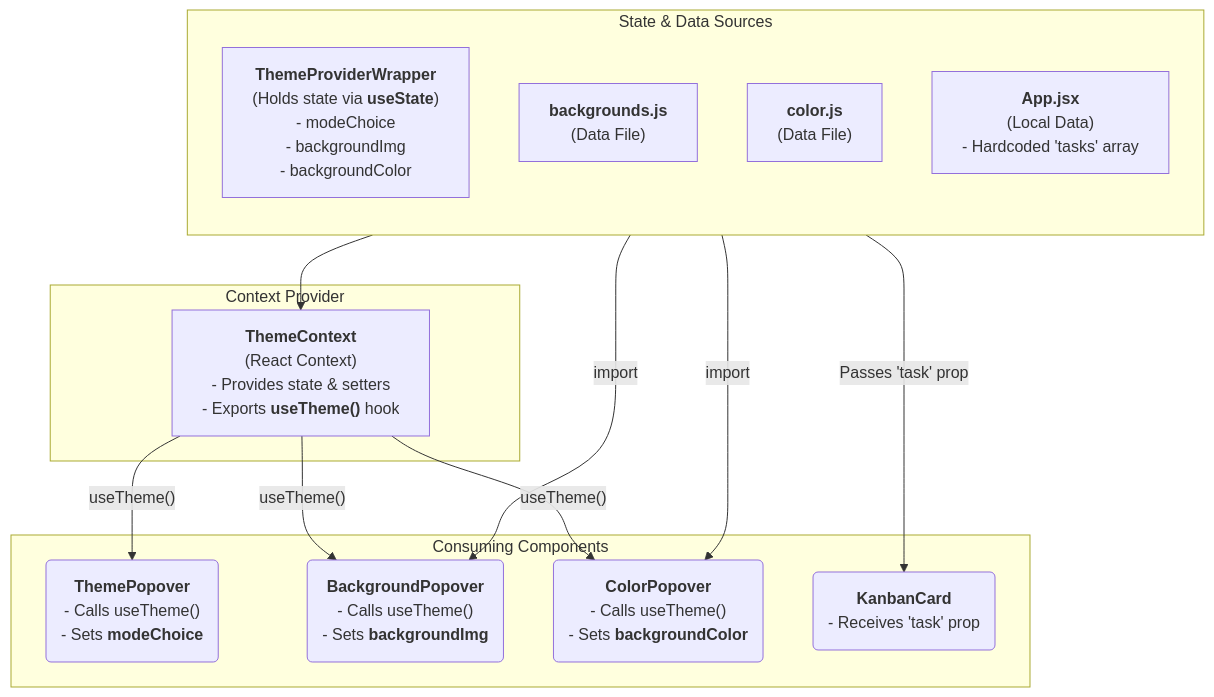
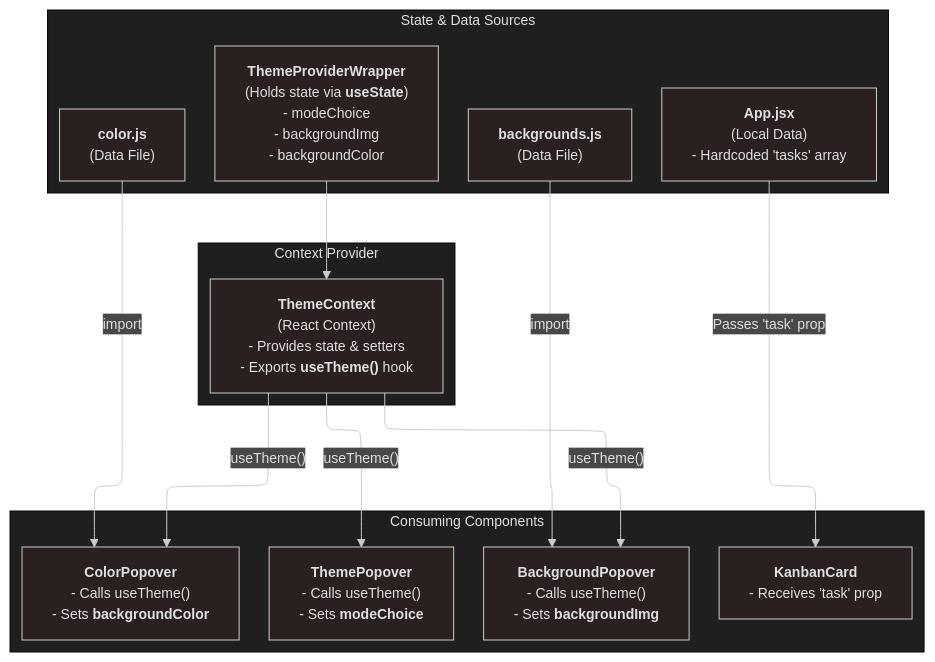
One commit to sahilVishnaniLog/glassmorphicDisplay changed the second of 2 diagrams in diagram.md. Above: the diagram before and after it, drawn with Mermaid. The commit also changed other lines of this file and 9 other files, not shown here.

````diff
--- a/diagram.md
+++ b/diagram.md
@@ -21,32 +28,33 @@
 ```mermaid
-flowchart TD
-    subgraph "State & Data Sources"
-        direction TB
-        A["<b>ThemeProviderWrapper</b><br/>(Holds state via <b>useState</b>)<br/>- modeChoice<br/>- backgroundImg<br/>- backgroundColor"]
-        B["<b>backgrounds.js</b><br/>(Data File)"]
-        C["<b>color.js</b><br/>(Data File)"]
-        D["<b>App.jsx</b><br/>(Local Data)<br/>- Hardcoded 'tasks' array"]
-    end
-
-    subgraph "Context Provider"
-        P["<b>ThemeContext</b><br/>(React Context)<br/>- Provides state & setters<br/>- Exports <b>useTheme()</b> hook"]
-    end
-
-    subgraph "Consuming Components"
-        H("<b>ThemePopover</b><br/>- Calls useTheme()<br/>- Sets <b>modeChoice</b>")
-        I("<b>BackgroundPopover</b><br/>- Calls useTheme()<br/>- Sets <b>backgroundImg</b>")
-        J("<b>ColorPopover</b><br/>- Calls useTheme()<br/>- Sets <b>backgroundColor</b>")
-        K("<b>KanbanCard</b><br/>- Receives 'task' prop")
-    end
-
-    A --> P;
-    P -- "useTheme()" --> H;
-    P -- "useTheme()" --> I;
-    P -- "useTheme()" --> J;
-
-    B -- "import" --> I;
-    C -- "import" --> J;
-    D -- "Passes 'task' prop" --> K;
+---
+config:
+  theme: neo-dark
+  layout: elk
+---
+flowchart TB
+ subgraph subGraph0["State & Data Sources"]
+    direction TB
+        A["<b>ThemeProviderWrapper</b><br>(Holds state via <b>useState</b>)<br>- modeChoice<br>- backgroundImg<br>- backgroundColor"]
+        B["<b>backgrounds.js</b><br>(Data File)"]
+        C["<b>color.js</b><br>(Data File)"]
+        D@{ label: "<b>App.jsx</b><br>(Local Data)<br>- Hardcoded 'tasks' array" }
+  end
+ subgraph subGraph1["Context Provider"]
+        P["<b>ThemeContext</b><br>(React Context)<br>- Provides state &amp; setters<br>- Exports <b>useTheme()</b> hook"]
+  end
+ subgraph subGraph2["Consuming Components"]
+        H["<b>ThemePopover</b><br>- Calls useTheme()<br>- Sets <b>modeChoice</b>"]
+        I["<b>BackgroundPopover</b><br>- Calls useTheme()<br>- Sets <b>backgroundImg</b>"]
+        J["<b>ColorPopover</b><br>- Calls useTheme()<br>- Sets <b>backgroundColor</b>"]
+        K@{ label: "<b>KanbanCard</b><br>- Receives 'task' prop" }
+  end
+    A --> P
+    P -- useTheme() --> H & I & J
+    B -- import --> I
+    C -- import --> J
+    D -- Passes 'task' prop --> K
+    D@{ shape: rect}
+    K@{ shape: rect}
 
 
 ```
````
